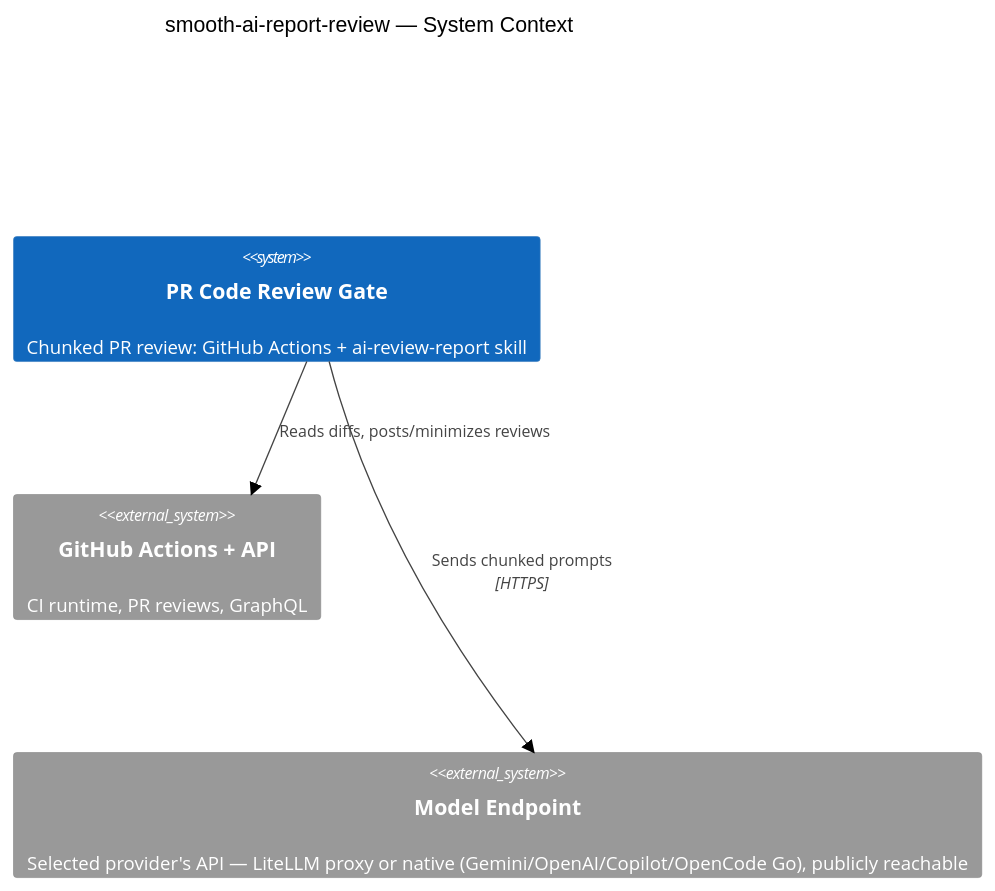
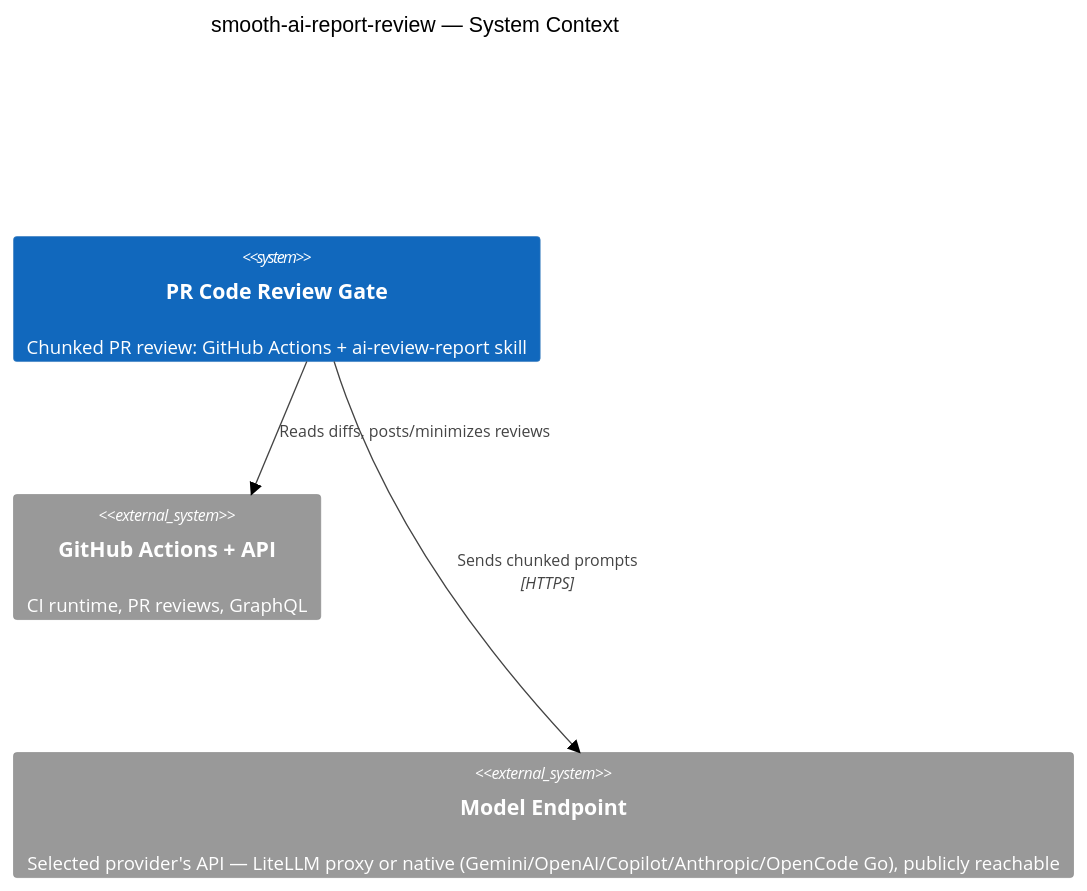
One commit to generic-automation-and-it/smooth-ai-report-review changed the diagram in AGENTS.md. Above: the diagram before and after it, drawn with Mermaid (neutral theme). The commit also changed other lines of this file and 14 other files, not shown here.

First line of the commit message:
feat: add direct Anthropic provider (Claude Opus/Sonnet/Haiku)

````diff
--- a/AGENTS.md
+++ b/AGENTS.md
@@ -17,9 +17,9 @@
 ```mermaid
 C4Context
     title smooth-ai-report-review — System Context
     System(gate, "PR Code Review Gate", "Chunked PR review: GitHub Actions + ai-review-report skill")
     System_Ext(github, "GitHub Actions + API", "CI runtime, PR reviews, GraphQL")
-    System_Ext(gateway, "Model Endpoint", "Selected provider's API — LiteLLM proxy or native (Gemini/OpenAI/Copilot/OpenCode Go), publicly reachable")
+    System_Ext(gateway, "Model Endpoint", "Selected provider's API — LiteLLM proxy or native (Gemini/OpenAI/Copilot/Anthropic/OpenCode Go), publicly reachable")
     Rel(gate, github, "Reads diffs, posts/minimizes reviews")
     Rel(gate, gateway, "Sends chunked prompts", "HTTPS")
 ```
````
